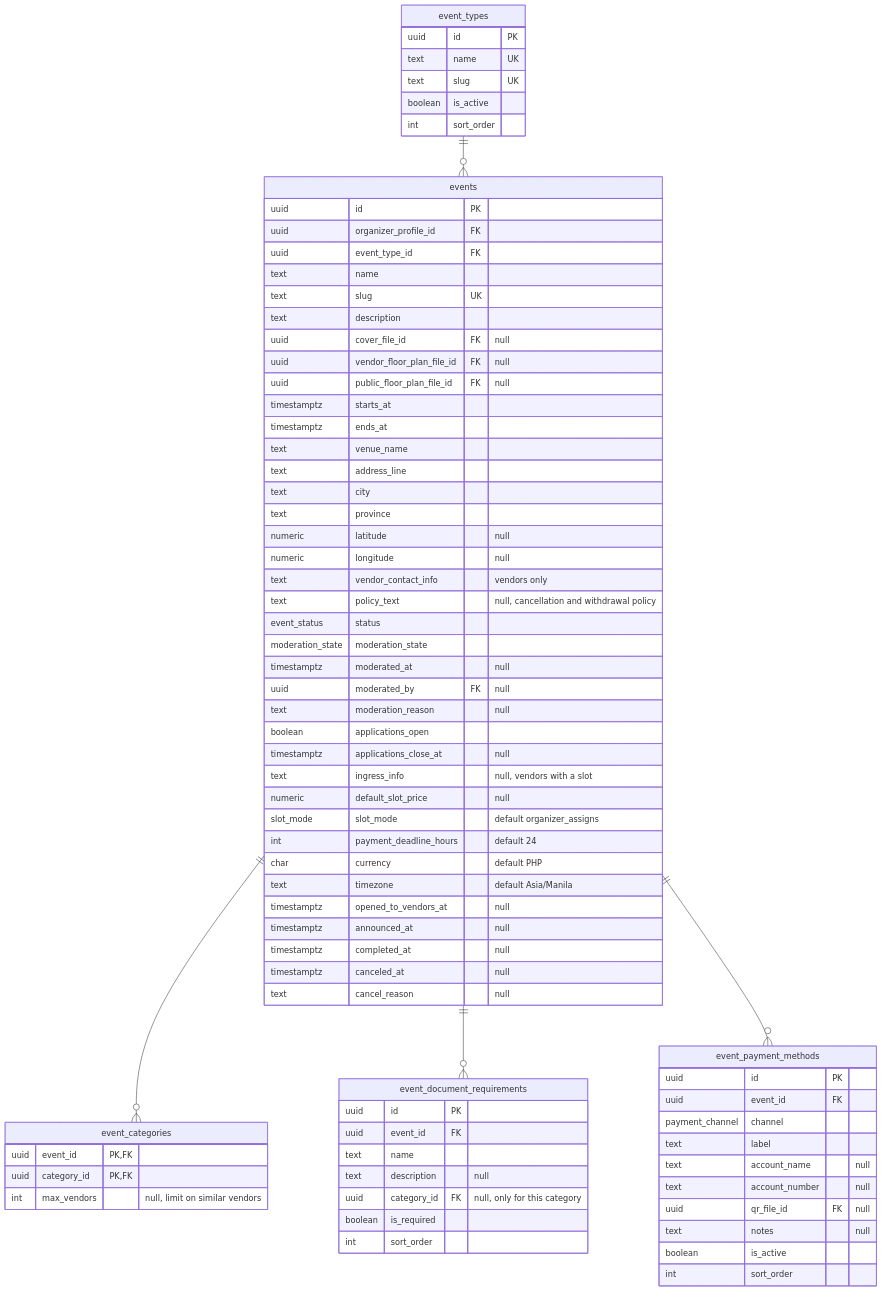
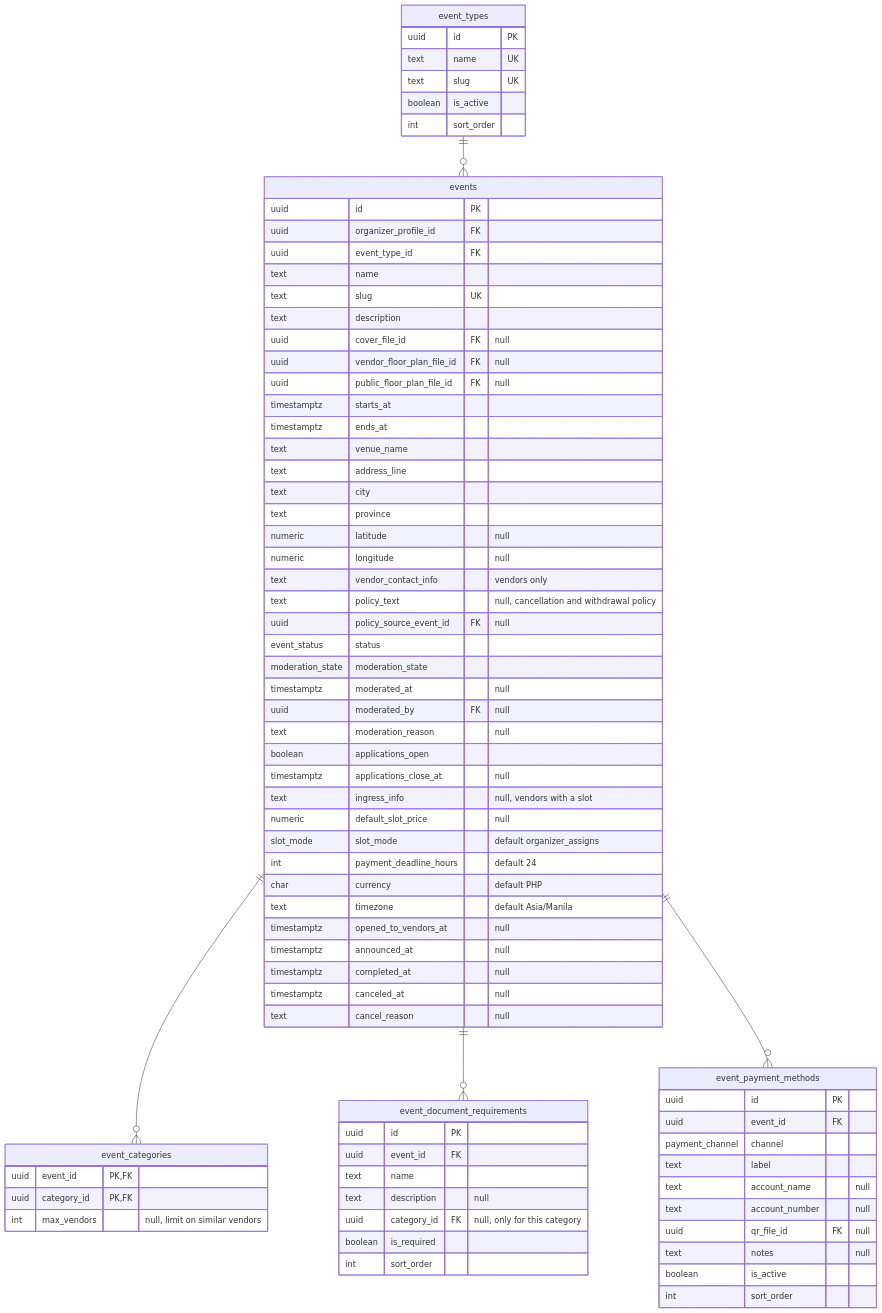
The fourth of 6 diagrams in docs/data-model.md (Aycees/Creavent), drawn with Mermaid before and after one commit. The commit also changed other lines of this file and 15 other files, not shown here.

````diff
--- a/docs/data-model.md
+++ b/docs/data-model.md
@@ -360,79 +360,80 @@
 ```mermaid
 erDiagram
     event_types {
         uuid id PK
         text name UK
         text slug UK
         boolean is_active
         int sort_order
     }
     events {
         uuid id PK
         uuid organizer_profile_id FK
         uuid event_type_id FK
         text name
         text slug UK
         text description
         uuid cover_file_id FK "null"
         uuid vendor_floor_plan_file_id FK "null"
         uuid public_floor_plan_file_id FK "null"
         timestamptz starts_at
         timestamptz ends_at
         text venue_name
         text address_line
         text city
         text province
         numeric latitude "null"
         numeric longitude "null"
         text vendor_contact_info "vendors only"
         text policy_text "null, cancellation and withdrawal policy"
+        uuid policy_source_event_id FK "null"
         event_status status
         moderation_state moderation_state
         timestamptz moderated_at "null"
         uuid moderated_by FK "null"
         text moderation_reason "null"
         boolean applications_open
         timestamptz applications_close_at "null"
         text ingress_info "null, vendors with a slot"
         numeric default_slot_price "null"
         slot_mode slot_mode "default organizer_assigns"
         int payment_deadline_hours "default 24"
         char currency "default PHP"
         text timezone "default Asia/Manila"
         timestamptz opened_to_vendors_at "null"
         timestamptz announced_at "null"
         timestamptz completed_at "null"
         timestamptz canceled_at "null"
         text cancel_reason "null"
     }
     event_categories {
         uuid event_id PK,FK
         uuid category_id PK,FK
         int max_vendors "null, limit on similar vendors"
     }
     event_document_requirements {
         uuid id PK
         uuid event_id FK
         text name
         text description "null"
         uuid category_id FK "null, only for this category"
         boolean is_required
         int sort_order
     }
     event_payment_methods {
         uuid id PK
         uuid event_id FK
         payment_channel channel
         text label
         text account_name "null"
         text account_number "null"
         uuid qr_file_id FK "null"
         text notes "null"
         boolean is_active
         int sort_order
     }
     event_types ||--o{ events : ""
     events ||--o{ event_categories : ""
     events ||--o{ event_document_requirements : ""
     events ||--o{ event_payment_methods : ""
 ```
````
